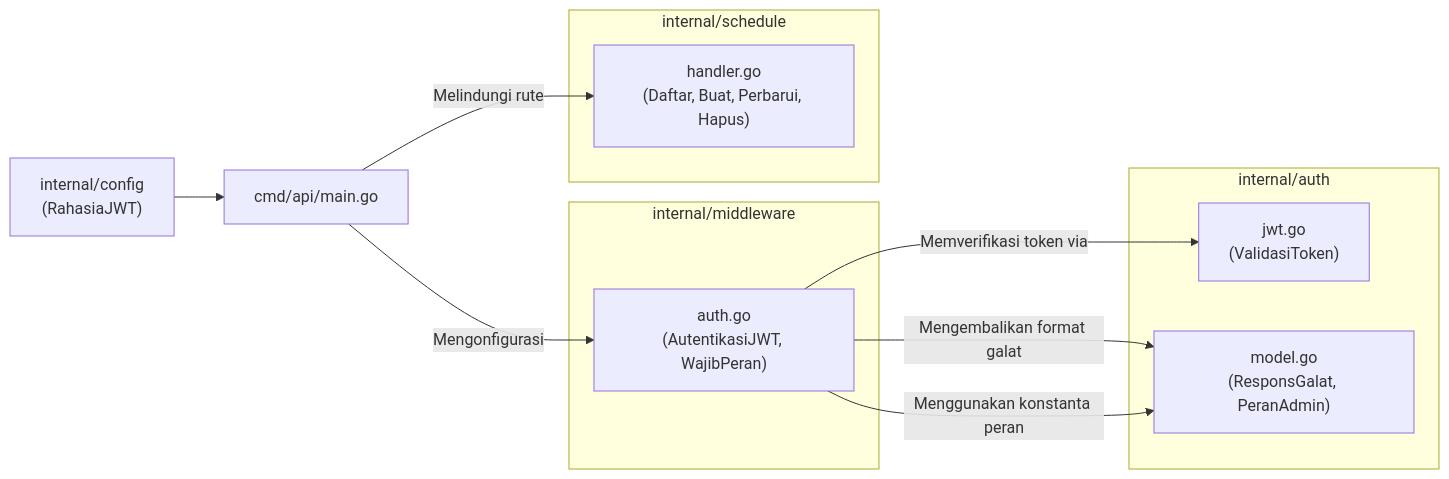
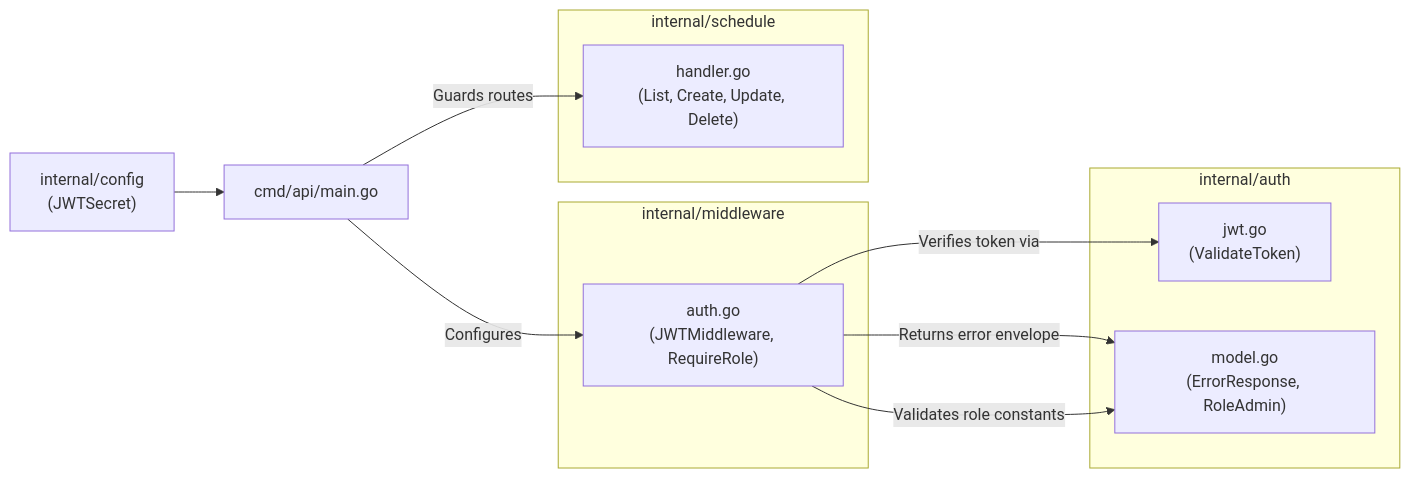
One commit to yesterdaygrace/CinemaSystem changed the second of 2 diagrams in docs/modules/middleware.md. Above: the diagram before and after it, drawn with Mermaid. The commit also changed other lines of this file and 84 other files, not shown here.

Commit message:
docs & feat: consolidate MKP assessment deliverables, update root README and schema

````diff
--- a/docs/modules/middleware.md
+++ b/docs/modules/middleware.md
@@ -93,23 +93,23 @@
 ```mermaid
 flowchart LR
-    AuthConfig["internal/config<br/>(RahasiaJWT)"] --> Main["cmd/api/main.go"]
+    AuthConfig["internal/config<br/>(JWTSecret)"] --> Main["cmd/api/main.go"]
     
     subgraph MiddlewareModule ["internal/middleware"]
-        AuthMW["auth.go<br/>(AutentikasiJWT, WajibPeran)"]
+        AuthMW["auth.go<br/>(JWTMiddleware, RequireRole)"]
     end
 
     subgraph AuthModule ["internal/auth"]
-        JWTUtil["jwt.go<br/>(ValidasiToken)"]
-        AuthModel["model.go<br/>(ResponsGalat, PeranAdmin)"]
+        JWTUtil["jwt.go<br/>(ValidateToken)"]
+        AuthModel["model.go<br/>(ErrorResponse, RoleAdmin)"]
     end
 
     subgraph ScheduleModule ["internal/schedule"]
-        ScheduleH["handler.go<br/>(Daftar, Buat, Perbarui, Hapus)"]
+        ScheduleH["handler.go<br/>(List, Create, Update, Delete)"]
     end
 
-    Main -->|Mengonfigurasi| AuthMW
-    AuthMW -->|Memverifikasi token via| JWTUtil
-    AuthMW -->|Mengembalikan format galat| AuthModel
-    AuthMW -->|Menggunakan konstanta peran| AuthModel
-    Main -->|Melindungi rute| ScheduleH
+    Main -->|Configures| AuthMW
+    AuthMW -->|Verifies token via| JWTUtil
+    AuthMW -->|Returns error envelope| AuthModel
+    AuthMW -->|Validates role constants| AuthModel
+    Main -->|Guards routes| ScheduleH
 ```
````
